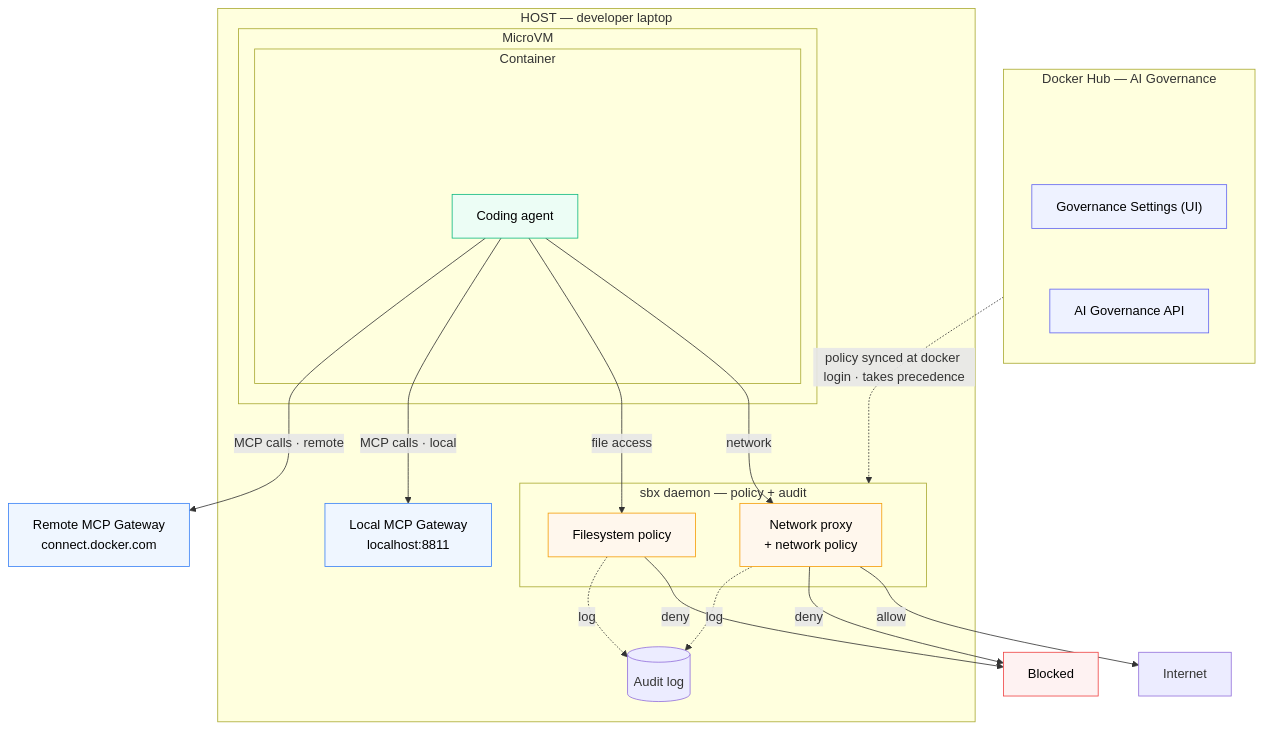
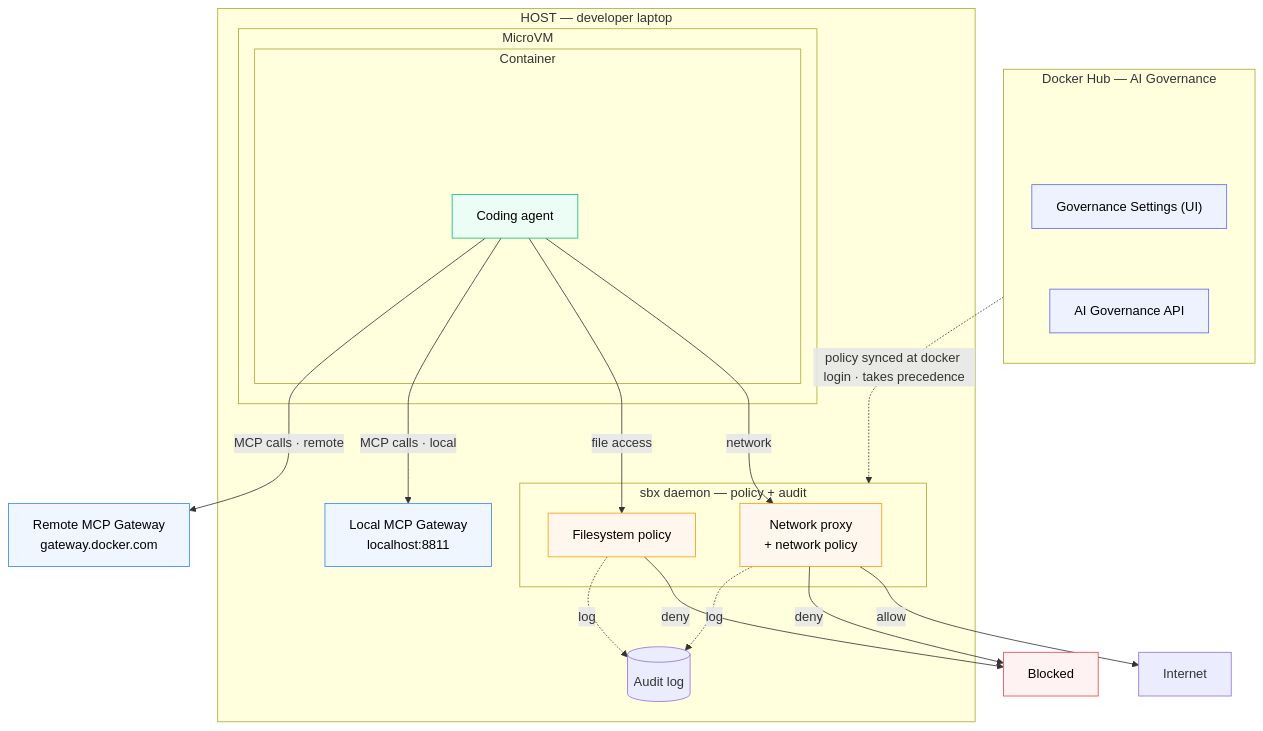
The first of 3 diagrams in labspace/assets/architecture.md (ajeetraina/labspace-ai-governance), drawn with Mermaid before and after one commit. The commit also changed other lines of this file and 2 other files, not shown here.

First line of the commit message:
Rename hosted MCP gateway connect.docker.com -> gateway.docker.com

````diff
--- a/labspace/assets/architecture.md
+++ b/labspace/assets/architecture.md
@@ -16,56 +16,56 @@
 ```mermaid
 flowchart TB
     subgraph HUB["Docker Hub — AI Governance"]
         direction TB
         SPACER[" "]
         SETTINGS["Governance Settings (UI)"]
         API["AI Governance API"]
         SPACER ~~~ SETTINGS ~~~ API
     end
 
     subgraph HOST["HOST — developer laptop"]
         subgraph VM["MicroVM"]
             subgraph CON["Container"]
                 AGENT["Coding agent"]
             end
         end
 
         subgraph DAEMON["sbx daemon — policy + audit"]
             NET["Network proxy<br/>+ network policy"]
             FS["Filesystem policy"]
         end
 
         LOCALGW["Local MCP Gateway<br/>localhost:8811"]
         AUDIT[("Audit log")]
     end
 
-    REMOTEGW["Remote MCP Gateway<br/>connect.docker.com"]
+    REMOTEGW["Remote MCP Gateway<br/>gateway.docker.com"]
     INTERNET["Internet"]
     BLOCK["Blocked"]
 
     HUB -. "policy synced at docker login · takes precedence" .-> DAEMON
 
     AGENT -- "network" --> NET
     AGENT -- "file access" --> FS
     AGENT -- "MCP calls · local" --> LOCALGW
     AGENT -- "MCP calls · remote" --> REMOTEGW
 
     NET -- "allow" --> INTERNET
     NET -- "deny" --> BLOCK
     FS -- "deny" --> BLOCK
     NET -. log .-> AUDIT
     FS -. log .-> AUDIT
 
     classDef hub fill:#eef2ff,stroke:#6366f1,color:#000
     classDef vm fill:#ecfdf5,stroke:#10b981,color:#000
     classDef pol fill:#fff7ed,stroke:#f59e0b,color:#000
     classDef gw fill:#eff6ff,stroke:#3b82f6,color:#000
     classDef deny fill:#fef2f2,stroke:#ef4444,color:#000
     classDef hidden fill:none,stroke:none,color:none
     class SPACER hidden
     class SETTINGS,API hub
     class AGENT vm
     class NET,FS pol
     class LOCALGW,REMOTEGW gw
     class BLOCK deny
 ```
````
